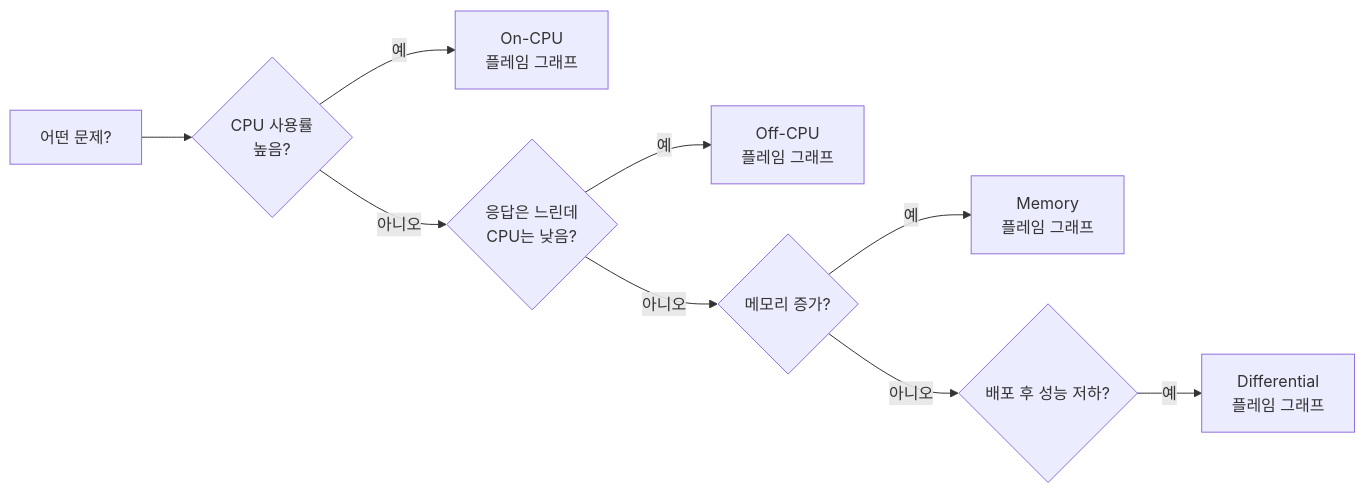
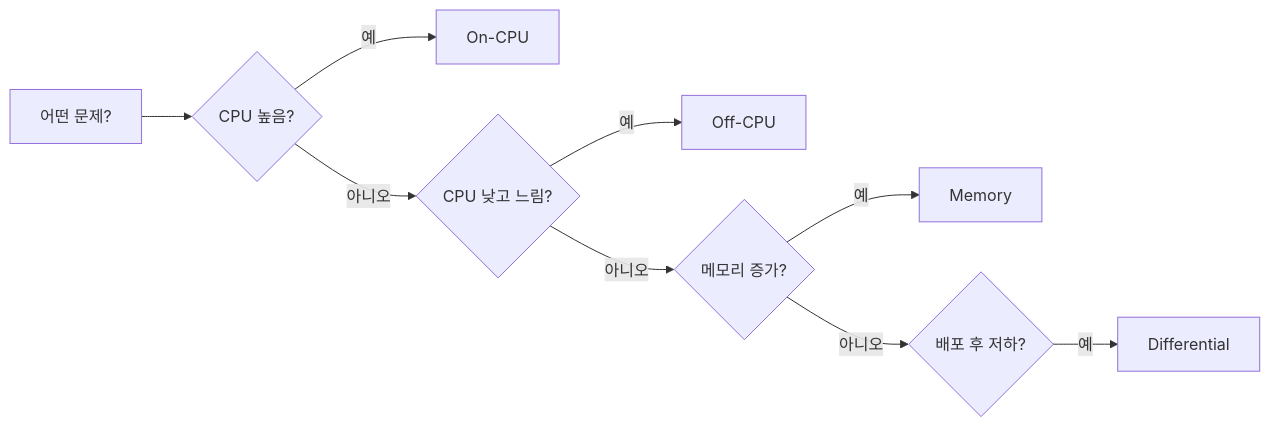
Before and after one commit to moonblueblue/devops-wiki: the second of 5 diagrams in content/linux/performance/flame-graph.md, drawn with Mermaid. The commit also changed other lines of this file and 12 other files, not shown here.

First line of the commit message:
style: linux 섹션 전체 ASCII art 제거 및 Mermaid 규칙 적용

````diff
--- a/content/linux/performance/flame-graph.md
+++ b/content/linux/performance/flame-graph.md
@@ -111,11 +109,11 @@
 ```mermaid
 flowchart LR
-    A[어떤 문제?] --> B{CPU 사용률\n높음?}
-    B -->|예| C[On-CPU\n플레임 그래프]
-    B -->|아니오| D{응답은 느린데\nCPU는 낮음?}
-    D -->|예| E[Off-CPU\n플레임 그래프]
+    A[어떤 문제?] --> B{CPU 높음?}
+    B -->|예| C[On-CPU]
+    B -->|아니오| D{CPU 낮고 느림?}
+    D -->|예| E[Off-CPU]
     D -->|아니오| F{메모리 증가?}
-    F -->|예| G[Memory\n플레임 그래프]
-    F -->|아니오| H{배포 후 성능 저하?}
-    H -->|예| I[Differential\n플레임 그래프]
+    F -->|예| G[Memory]
+    F -->|아니오| H{배포 후 저하?}
+    H -->|예| I[Differential]
 ```
````
